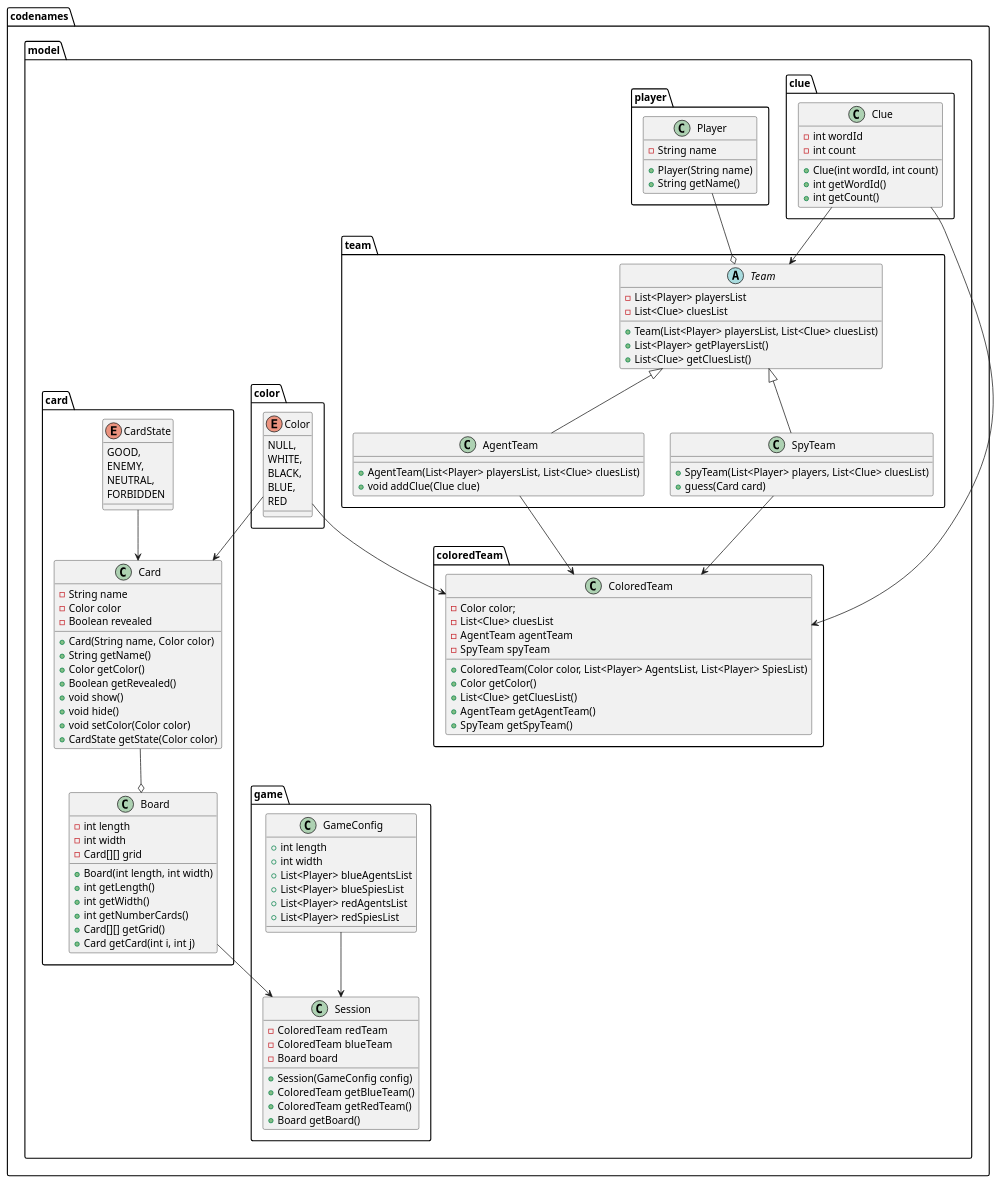
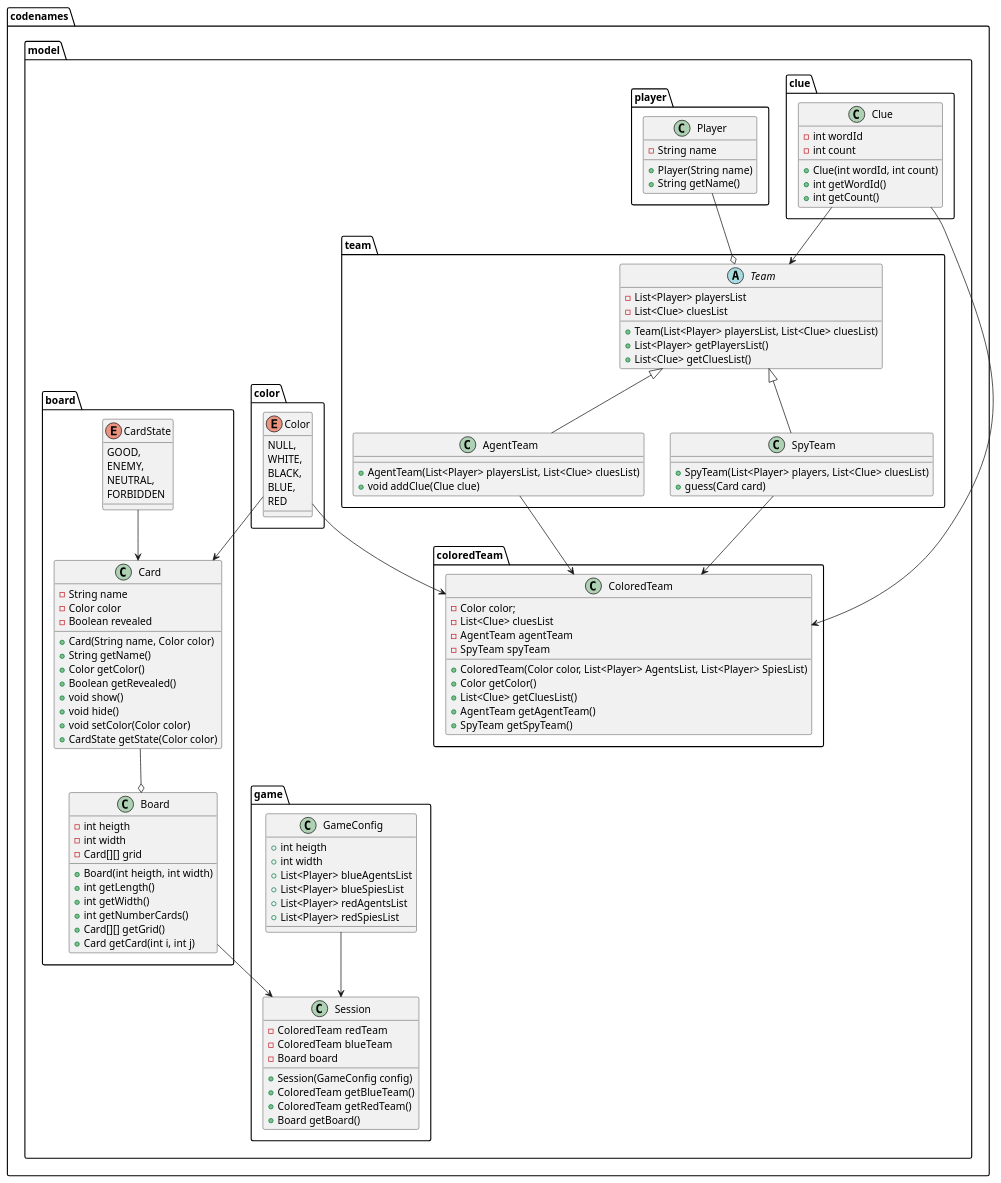
Before and after one commit to Natvs/Codename: the diagram in uml/model_uml.puml, drawn with PlantUML. The commit also changed 2 other files, not shown here.

```diff
--- a/uml/model_uml.puml
+++ b/uml/model_uml.puml
@@ -1,144 +1,144 @@
 @startuml
 
 package codenames.model.clue {
 
     class Clue {
         - int wordId
         - int count
         + Clue(int wordId, int count)
         + int getWordId()
         + int getCount()
     }
 
 }
 
 package codenames.model.color {
 
     enum Color {
         NULL,
         WHITE,
         BLACK,
         BLUE,
         RED
     }
 
 }
 
 package codenames.model.game {
 
     class GameConfig {
-        + int length
+        + int heigth
         + int width
         + List<Player> blueAgentsList
         + List<Player> blueSpiesList
         + List<Player> redAgentsList
         + List<Player> redSpiesList
     }
     class Session {
         - ColoredTeam redTeam
         - ColoredTeam blueTeam
         - Board board
         + Session(GameConfig config)
         + ColoredTeam getBlueTeam()
         + ColoredTeam getRedTeam()
         + Board getBoard()
     }
 
     GameConfig --> Session
  
 }
 
 package codenames.model.team {
 
     abstract class Team {
         - List<Player> playersList
         - List<Clue> cluesList
         + Team(List<Player> playersList, List<Clue> cluesList)
         + List<Player> getPlayersList()
         + List<Clue> getCluesList()
     }
     class AgentTeam extends Team {
         + AgentTeam(List<Player> playersList, List<Clue> cluesList)
         + void addClue(Clue clue)
     }
     class SpyTeam extends Team {
         + SpyTeam(List<Player> players, List<Clue> cluesList)
         + guess(Card card)
     }
 
 }
 
 package codenames.model.coloredTeam {
 
     class ColoredTeam {
         - Color color;
         - List<Clue> cluesList
         - AgentTeam agentTeam
         - SpyTeam spyTeam
         + ColoredTeam(Color color, List<Player> AgentsList, List<Player> SpiesList)
         + Color getColor()
         + List<Clue> getCluesList()
         + AgentTeam getAgentTeam()
         + SpyTeam getSpyTeam()
     }
 
 }
 
 package codenames.model.player {
 
     class Player {
         - String name
         + Player(String name)
         + String getName()
     }
 
 }
 
-package codenames.model.card {
+package codenames.model.board {
 
     class Card {
         - String name
         - Color color
         - Boolean revealed
         + Card(String name, Color color)
         + String getName()
         + Color getColor()
         + Boolean getRevealed()
         + void show()
         + void hide()
         + void setColor(Color color)
         + CardState getState(Color color)
     }
     enum CardState {
         GOOD,
         ENEMY,
         NEUTRAL,
         FORBIDDEN
     }
     class Board {
-        - int length
+        - int heigth
         - int width
         - Card[][] grid
-        + Board(int length, int width)
+        + Board(int heigth, int width)
         + int getLength()
         + int getWidth()
         + int getNumberCards()
         + Card[][] getGrid()
         + Card getCard(int i, int j)
     }
 
     CardState --> Card
     Card --o Board
 
 }
 
 Player --o Team
 Color --> ColoredTeam
 Color --> Card
 Board --> Session
 AgentTeam --> ColoredTeam
 SpyTeam --> ColoredTeam
 Clue --> ColoredTeam
 Clue --> Team
 
 @enduml
```
